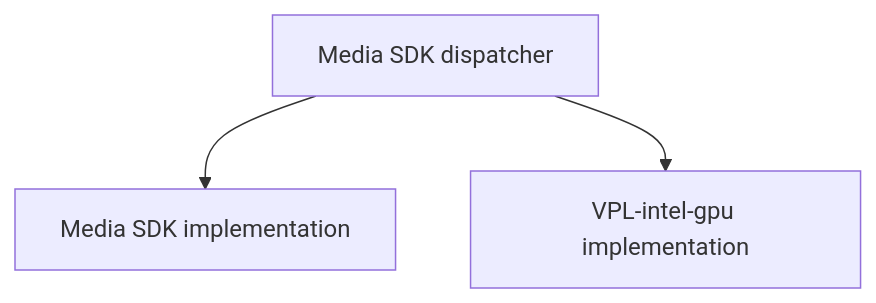
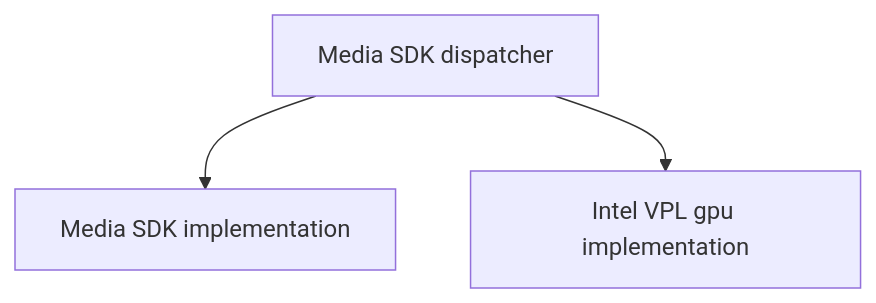
One commit to intel/libvpl changed the first of 3 diagrams in examples/tutorials/01_transition/README.md. Above: the diagram before and after it, drawn with Mermaid. The commit also changed other lines of this file, not shown here.

````diff
--- a/examples/tutorials/01_transition/README.md
+++ b/examples/tutorials/01_transition/README.md
@@ -114,5 +112,5 @@
 ```mermaid
 graph TD;
     MediaSDK[Media SDK dispatcher]-->impl1[Media SDK implementation];
-    MediaSDK[Media SDK dispatcher]-->impl2[VPL-intel-gpu implementation];
+    MediaSDK[Media SDK dispatcher]-->impl2[Intel VPL gpu implementation];
 ```
````
